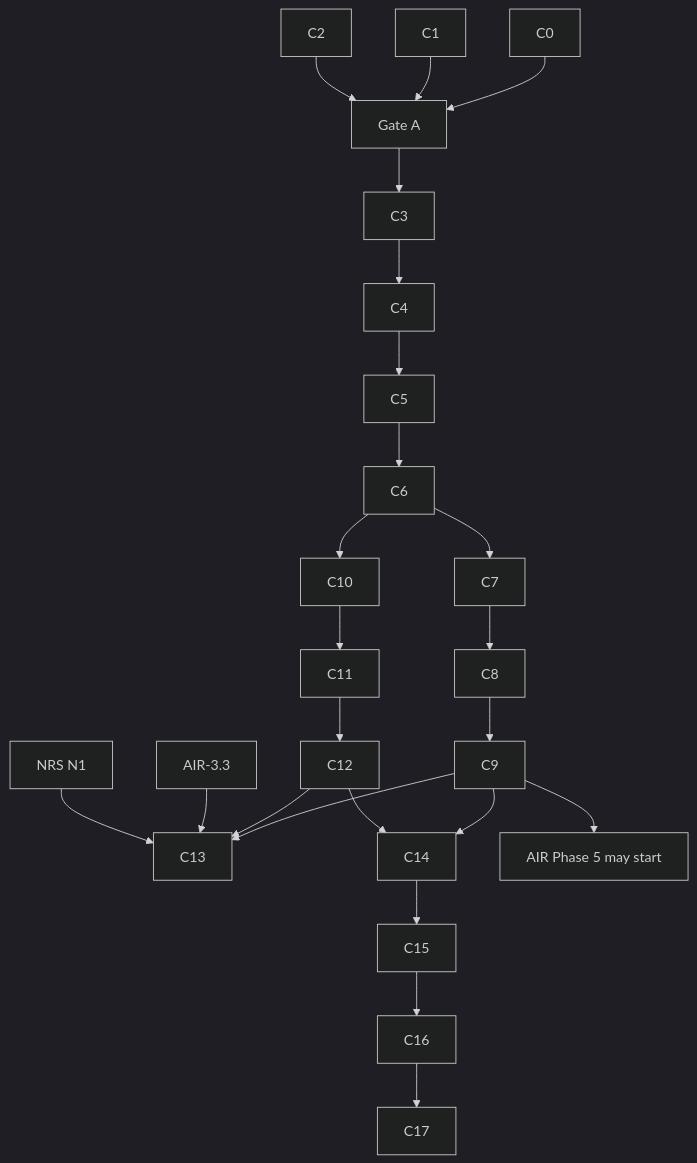
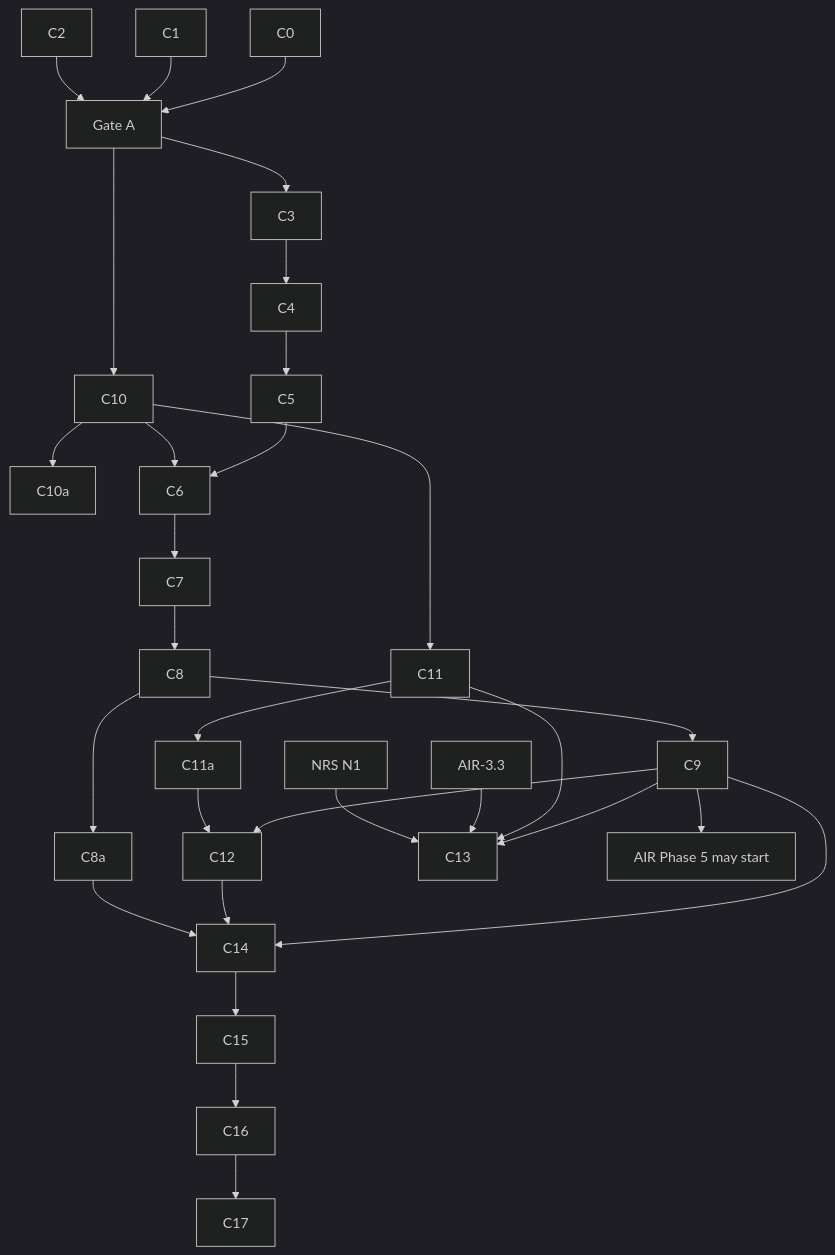
The diagram in docs/developer/plans/computable-contract-substrate.md (nebularis/lattice), drawn with Mermaid (dark theme) before and after one commit. The commit also changed other lines of this file and 6 other files, not shown here.

````diff
--- a/docs/developer/plans/computable-contract-substrate.md
+++ b/docs/developer/plans/computable-contract-substrate.md
@@ -126,12 +138,16 @@
 ```mermaid
 flowchart TB
     C0 & C1 & C2 --> GA["Gate A"]
     GA --> C3 --> C4 --> C5
-    C5 --> C6 --> C7 --> C8 --> C9
-    C6 --> C10 --> C11 --> C12
-    C9 & C12 --> C13
+    GA --> C10 --> C11 --> C11a
+    C10 --> C10a
+    C5 & C10 --> C6 --> C7 --> C8 --> C8a
+    C8 --> C9
+    C9 & C11a --> C12
+    C9 & C11 --> C13
     AIR33["AIR-3.3"] --> C13
     N1["NRS N1"] --> C13
     C9 & C12 --> C14 --> C15 --> C16 --> C17
+    C8a --> C14
     C9 --> P5["AIR Phase 5 may start"]
 ```
````
